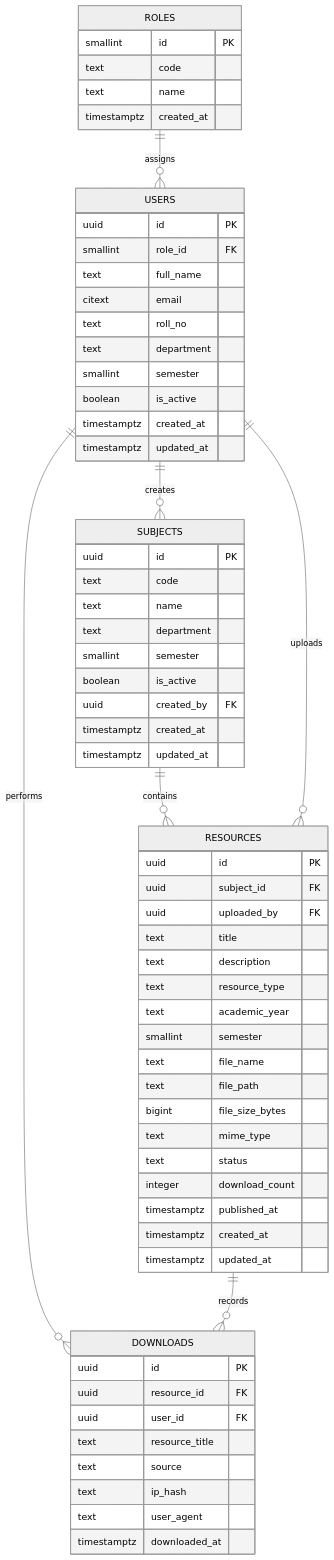
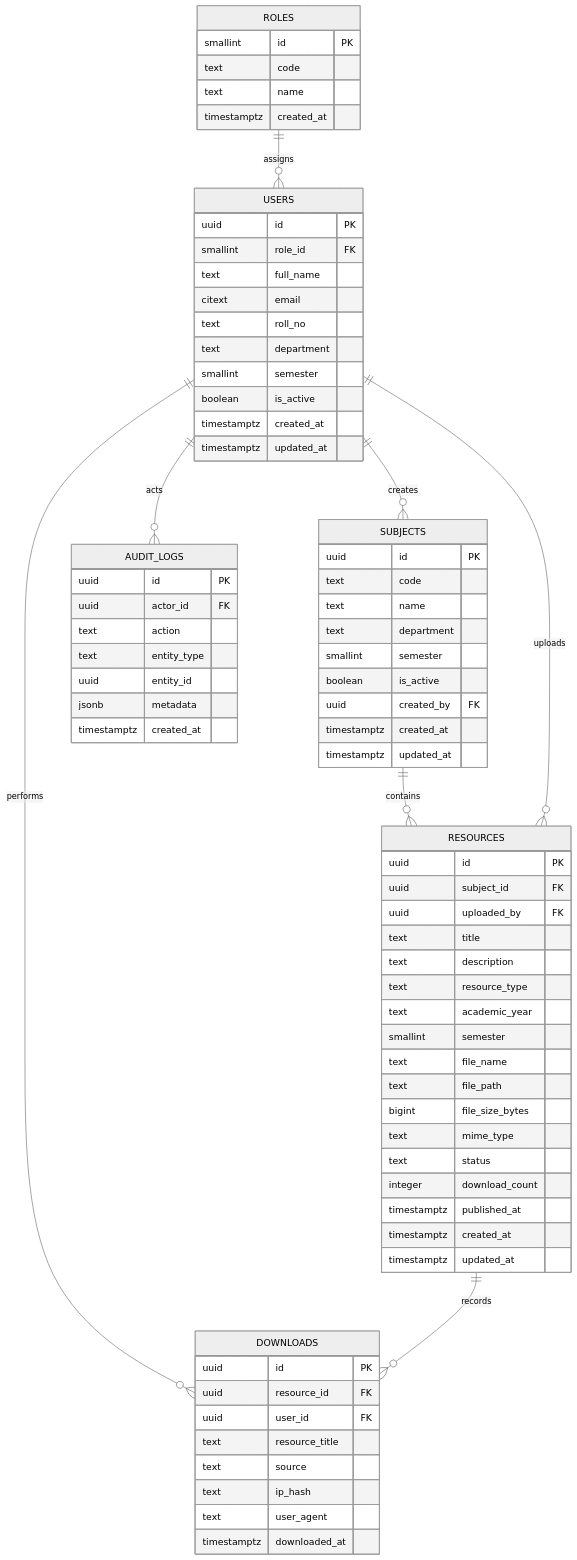
Before and after one commit to Sivaani-Janaswamy/CMRIT-VAULT-APP: the diagram in DATABASE_DESIGN.md, drawn with Mermaid (neutral theme). The commit also changed other lines of this file, not shown here.

Commit message:
Update: Database design docs to include audit logs table

````diff
--- a/DATABASE_DESIGN.md
+++ b/DATABASE_DESIGN.md
@@ -229,6 +255,7 @@
     USERS ||--o{ RESOURCES : uploads
     USERS ||--o{ DOWNLOADS : performs
     RESOURCES ||--o{ DOWNLOADS : records
+    USERS ||--o{ AUDIT_LOGS : acts
 
     ROLES {
         smallint id PK
@@ -292,4 +319,14 @@
         text user_agent
         timestamptz downloaded_at
     }
+
+    AUDIT_LOGS {
+        uuid id PK
+        uuid actor_id FK
+        text action
+        text entity_type
+        uuid entity_id
+        jsonb metadata
+        timestamptz created_at
+    }
 ```
````
